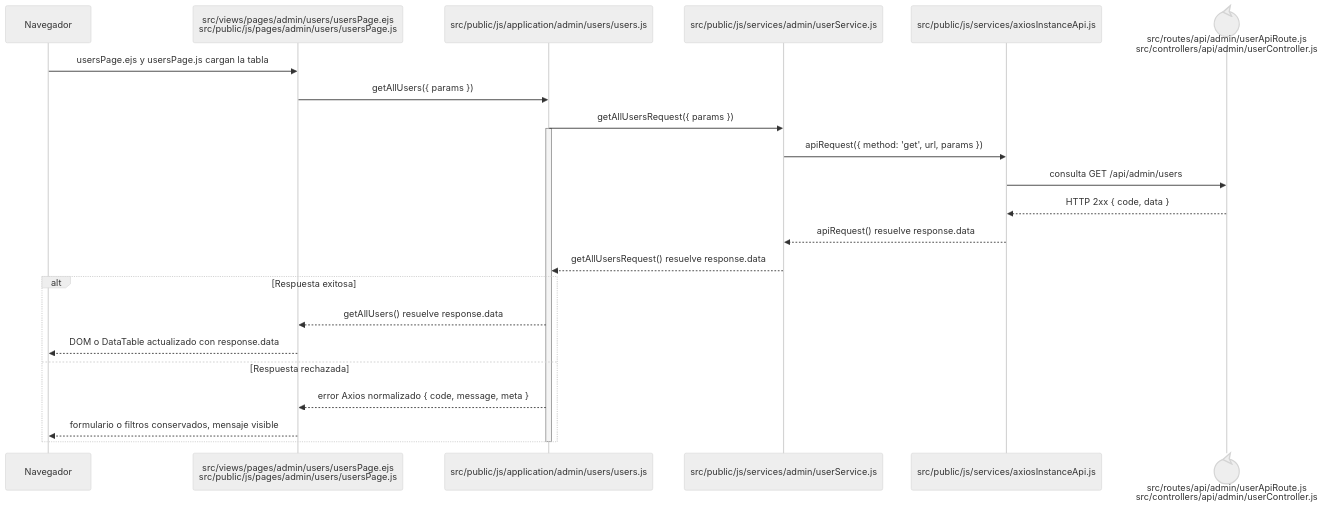
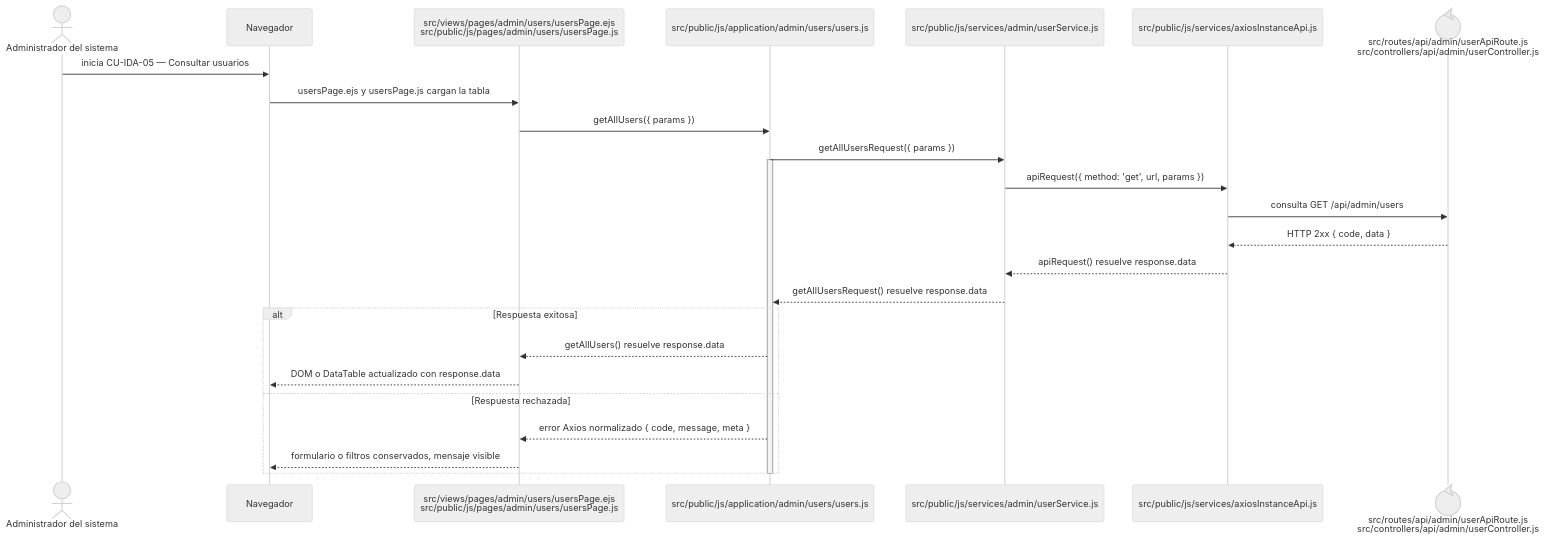
One commit to gpgsistemas01/nexus changed the diagram in docs/architecture/frontend-code-sequences/identity-access/cu-ida-05.md. Above: the diagram before and after it, drawn with Mermaid (neutral theme). The commit also changed 105 other files, not shown here.

````diff
--- a/docs/architecture/frontend-code-sequences/identity-access/cu-ida-05.md
+++ b/docs/architecture/frontend-code-sequences/identity-access/cu-ida-05.md
@@ -6,27 +6,29 @@
 ```mermaid
 sequenceDiagram
+    actor Initiator as Administrador del sistema
     participant Browser as Navegador
     participant View as src/views/pages/admin/users/usersPage.ejs<br/>src/public/js/pages/admin/users/usersPage.js
     participant Application as src/public/js/application/admin/users/users.js
     participant Request as src/public/js/services/admin/userService.js
     participant HTTP as src/public/js/services/axiosInstanceApi.js
     participant Transport@{ "type": "control" } as src/routes/api/admin/userApiRoute.js<br/>src/controllers/api/admin/userController.js
 
+    Initiator->>Browser: inicia CU-IDA-05 — Consultar usuarios
     Browser->>View: usersPage.ejs y usersPage.js cargan la tabla
     View->>Application: getAllUsers({ params })
     Application->>Request: getAllUsersRequest({ params })
     activate Application
     Request->>HTTP: apiRequest({ method: 'get', url, params })
     HTTP->>Transport: consulta GET /api/admin/users
     Transport-->>HTTP: HTTP 2xx { code, data }
     HTTP-->>Request: apiRequest() resuelve response.data
     Request-->>Application: getAllUsersRequest() resuelve response.data
     alt Respuesta exitosa
         Application-->>View: getAllUsers() resuelve response.data
         View-->>Browser: DOM o DataTable actualizado con response.data
     else Respuesta rechazada
         Application-->>View: error Axios normalizado { code, message, meta }
         View-->>Browser: formulario o filtros conservados, mensaje visible
     end
     deactivate Application
 ```
````
